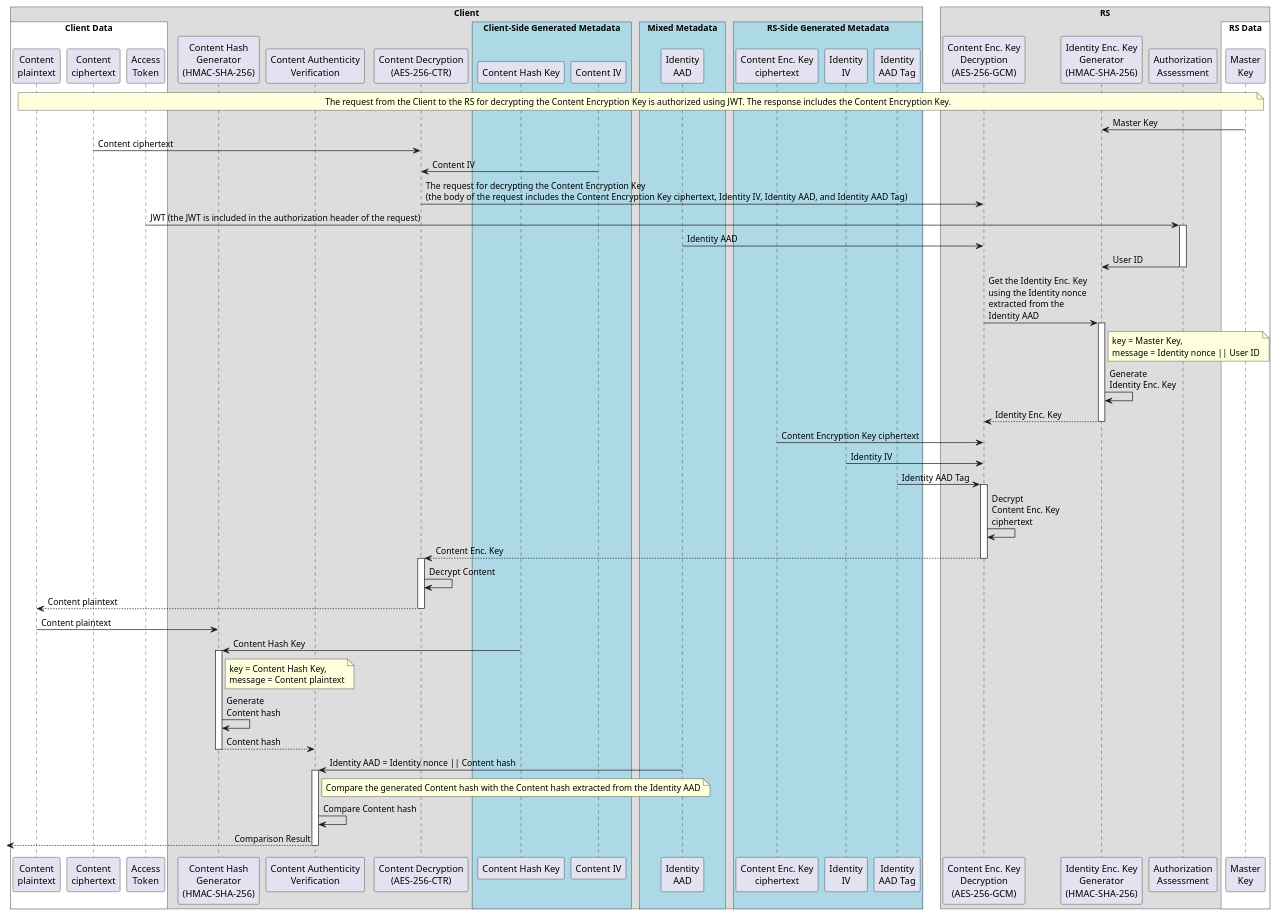
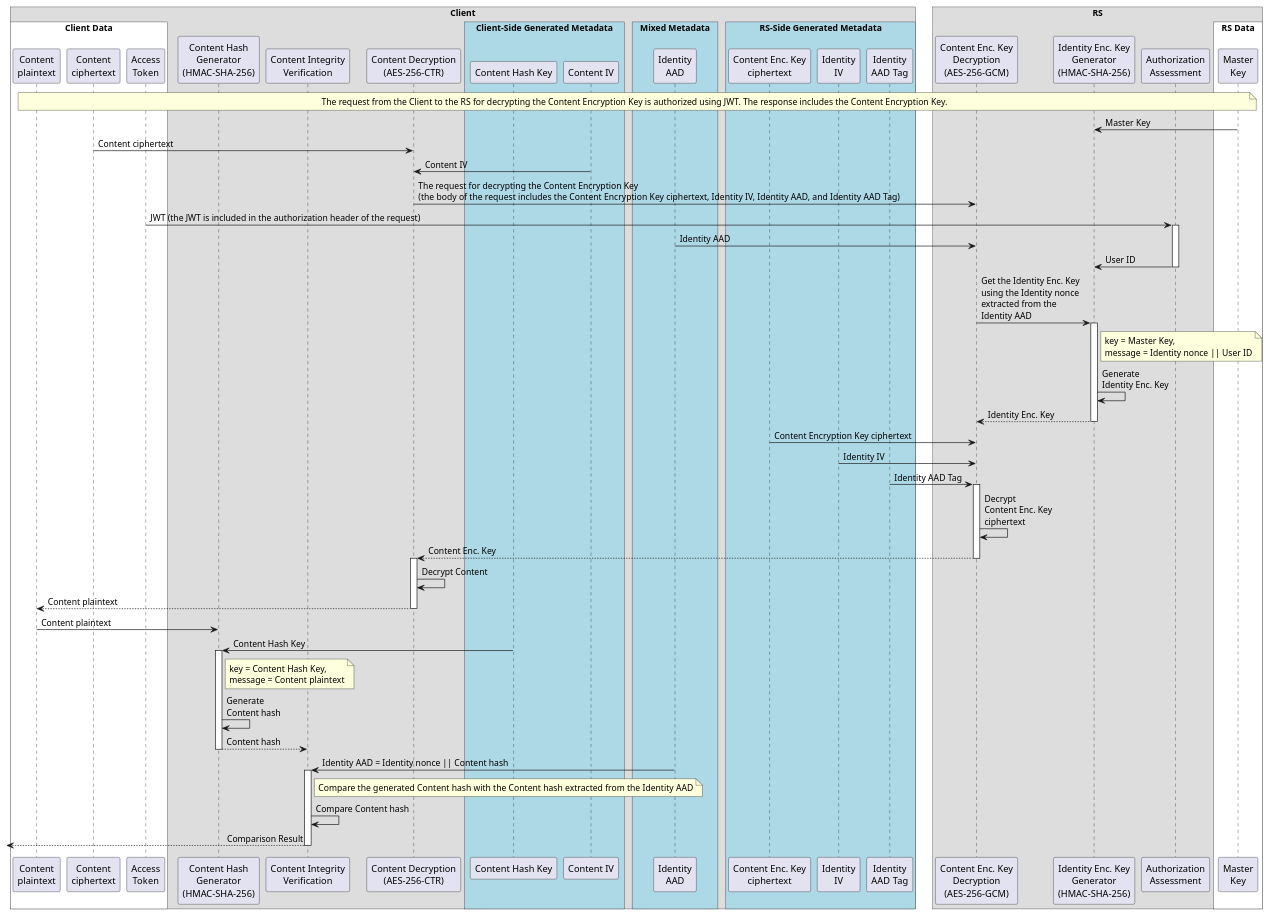
The second of 2 diagrams in docs/CRYPTOGRAPHY.md (umalabs/ibe), drawn with PlantUML before and after one commit. The commit also changed other lines of this file and 2 other files, not shown here.

Commit message:
content integrity verification

````diff
--- a/docs/CRYPTOGRAPHY.md
+++ b/docs/CRYPTOGRAPHY.md
@@ -196,7 +196,7 @@
 
 ' --- Client ---
 participant "Content Hash\nGenerator\n(HMAC-SHA-256)" as ContentHashGen
-participant "Content Authenticity\nVerification" as ContentAuthenticityVerification
+participant "Content Integrity\nVerification" as ContentIntegrityVerification
 participant "Content Decryption\n(AES-256-CTR)" as ContentDecryption
 
 ' --- Client Inputs ---
@@ -234,7 +234,7 @@
     end box
 
     participant ContentHashGen
-    participant ContentAuthenticityVerification
+    participant ContentIntegrityVerification
     participant ContentDecryption
 
     box "Client-Side Generated Metadata" #LightBlue
@@ -306,14 +306,14 @@
 activate ContentHashGen
 note right of ContentHashGen: key = Content Hash Key,\nmessage = Content plaintext
 ContentHashGen -> ContentHashGen: Generate\nContent hash
-ContentHashGen --> ContentAuthenticityVerification: Content hash
+ContentHashGen --> ContentIntegrityVerification: Content hash
 deactivate ContentHashGen
-IdentityAADMetadata -> ContentAuthenticityVerification: Identity AAD = Identity nonce || Content hash
-activate ContentAuthenticityVerification
-note right of ContentAuthenticityVerification: Compare the generated Content hash with the Content hash extracted from the Identity AAD
-ContentAuthenticityVerification -> ContentAuthenticityVerification: Compare Content hash
-<-- ContentAuthenticityVerification: Comparison Result
-deactivate ContentAuthenticityVerification
+IdentityAADMetadata -> ContentIntegrityVerification: Identity AAD = Identity nonce || Content hash
+activate ContentIntegrityVerification
+note right of ContentIntegrityVerification: Compare the generated Content hash with the Content hash extracted from the Identity AAD
+ContentIntegrityVerification -> ContentIntegrityVerification: Compare Content hash
+<-- ContentIntegrityVerification: Comparison Result
+deactivate ContentIntegrityVerification
 
 @enduml
 ```
````
